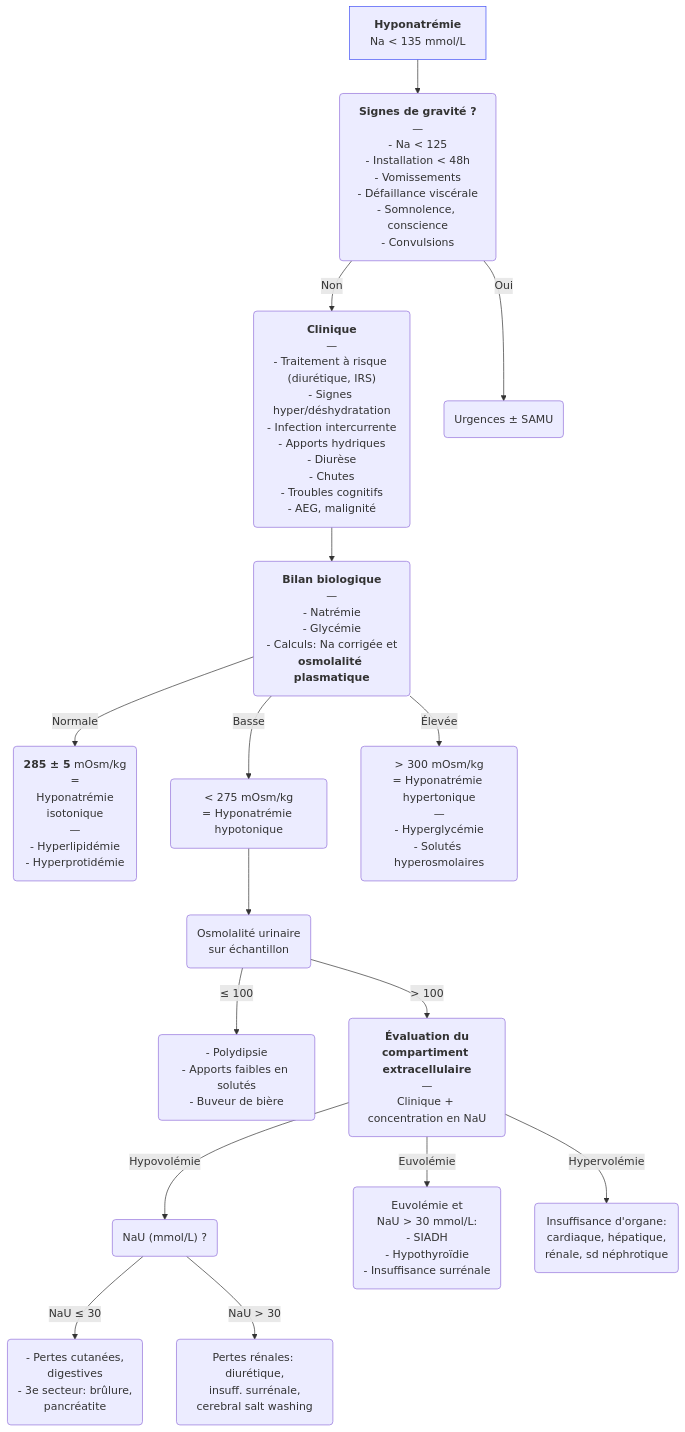
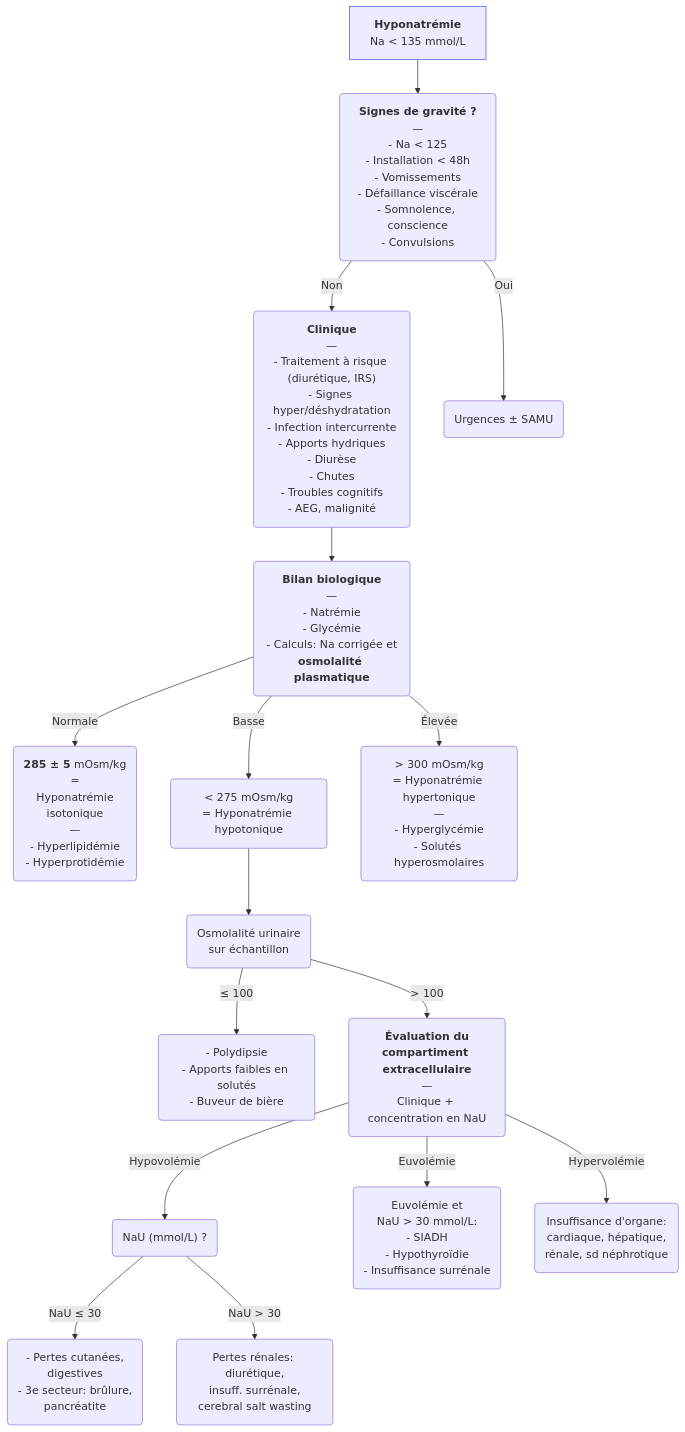
The diagram in content/recommandations/hyponatremie.md (djibe/recommandations-medicales), drawn with Mermaid before and after one commit. The commit also changed 7 other files, not shown here.

```diff
--- a/content/recommandations/hyponatremie.md
+++ b/content/recommandations/hyponatremie.md
@@ -207,15 +207,15 @@
 {{< mermaid title="Conduite à tenir pour la prise en charge d'une hyponatrémie. Dr JB Fron d'après CUEN 2025, Jacob et al et ERBP" >}}
 graph TB
 hyponatrémie["<b>Hyponatrémie</b><br>Na &lt; 135 mmol/L"] --> gravité("<b>Signes de gravité ?</b><br>—<br>- Na &lt; 125<br>- Installation &lt; 48h<br>- Vomissements<br>- Défaillance viscérale<br>- Somnolence, conscience<br>- Convulsions")
 style hyponatrémie stroke:#4150f5, stroke-width:1px
 gravité -- Non --> clinique("<b>Clinique</b><br>—<br>- Traitement à risque (diurétique, IRS)<br>- Signes hyper/déshydratation<br>- Infection intercurrente<br>- Apports hydriques<br>- Diurèse<br>- Chutes<br>- Troubles cognitifs<br>- AEG, malignité") --> bilan("<b>Bilan biologique</b><br>—<br>- Natrémie<br>- Glycémie<br>- Calculs: Na corrigée et<br><b>osmolalité plasmatique</b>")
     bilan -- Normale --> normale("<b>285 ± 5</b> mOsm/kg<br>=<br>Hyponatrémie<br>isotonique<br>—<br>- Hyperlipidémie<br>- Hyperprotidémie")
     bilan -- Basse --> basse("&lt; 275 mOsm/kg<br>= Hyponatrémie hypotonique") --> osmU(Osmolalité urinaire<br>sur échantillon) -- "≤ 100" --> NaUbasse("- Polydipsie<br>- Apports faibles en solutés<br>- Buveur de bière")
       osmU -- "&gt; 100" --> extracellulaire("<b>Évaluation du<br>compartiment extracellulaire</b><br>—<br>Clinique + concentration en NaU")
        extracellulaire -- Hypovolémie --> hypovolémie("NaU (mmol/L) ?") -- "NaU ≤ 30" --> pertes("- Pertes cutanées,<br>digestives<br>- 3e secteur: brûlure,<br>pancréatite")
-        hypovolémie -- "NaU &gt; 30" --> rénal("Pertes rénales: diurétique,<br>insuff. surrénale,<br>cerebral salt washing")
+        hypovolémie -- "NaU &gt; 30" --> rénal("Pertes rénales: diurétique,<br>insuff. surrénale,<br>cerebral salt wasting")
       extracellulaire -- Euvolémie --> euvolémie("Euvolémie et<br>NaU &gt; 30 mmol/L:<br>- SIADH<br>- Hypothyroïdie<br>- Insuffisance surrénale")
       extracellulaire -- Hypervolémie --> hypervolémie("Insuffisance d'organe:<br>cardiaque, hépatique,<br>rénale, sd néphrotique")
     bilan -- Élevée --> élevée("&gt; 300 mOsm/kg<br>= Hyponatrémie hypertonique<br>—<br>- Hyperglycémie<br>- Solutés hyperosmolaires")
   gravité -- Oui --> urgence("Urgences ± SAMU")
 {{< /mermaid >}}
```
